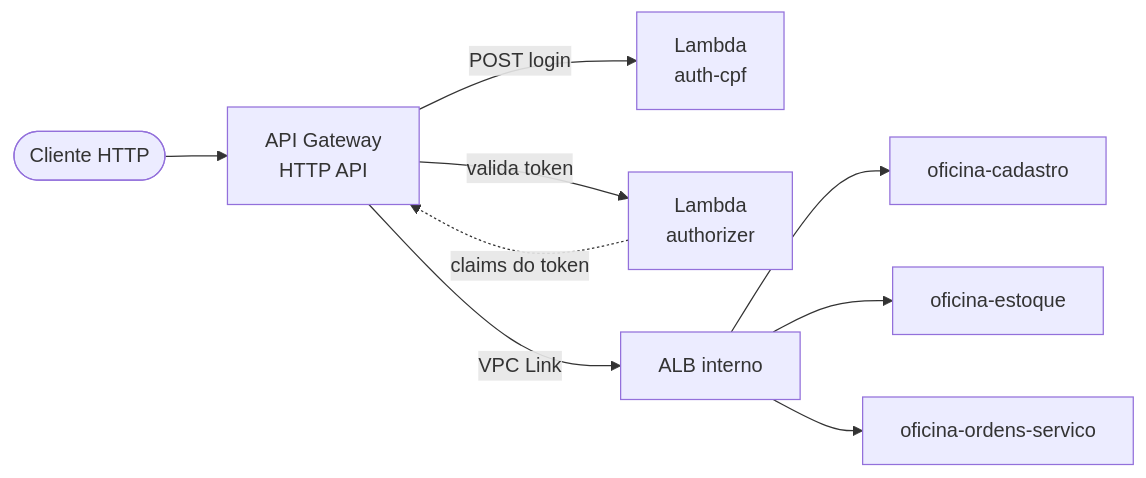
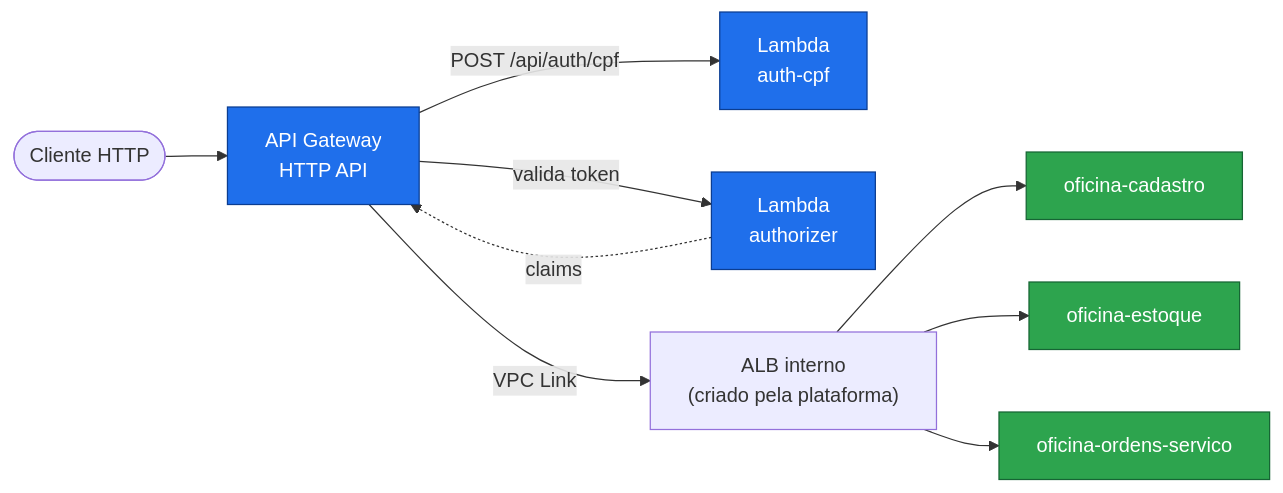
Before and after one commit to fabianorodrigues/oficina-infra-fiap-fase4: the second of 2 diagrams in README.md, drawn with Mermaid. The commit also changed other lines of this file, not shown here.

Commit message:
docs: reescrever README para plataforma ECS/ALB e entrypoint

````diff
--- a/README.md
+++ b/README.md
@@ -93,13 +97,18 @@
 ```mermaid
 flowchart LR
     Cliente([Cliente HTTP]) --> API["API Gateway<br/>HTTP API"]
 
-    API -->|"POST login"| AuthCpf["Lambda<br/>auth-cpf"]
+    API -->|"POST /api/auth/cpf"| AuthCpf["Lambda<br/>auth-cpf"]
     API -->|"valida token"| Authorizer["Lambda<br/>authorizer"]
-    Authorizer -.->|"claims do token"| API
+    Authorizer -.->|"claims"| API
 
-    API -->|"VPC Link"| ALB["ALB interno"]
+    API -->|"VPC Link"| ALB["ALB interno<br/>(criado pela plataforma)"]
     ALB --> Cadastro["oficina-cadastro"]
     ALB --> Estoque["oficina-estoque"]
     ALB --> Ordens["oficina-ordens-servico"]
+
+    classDef edge fill:#1f6feb,stroke:#0b3d91,color:#fff
+    classDef svc fill:#2da44e,stroke:#166534,color:#fff
+    class API,AuthCpf,Authorizer edge
+    class Cadastro,Estoque,Ordens svc
 ```
````
